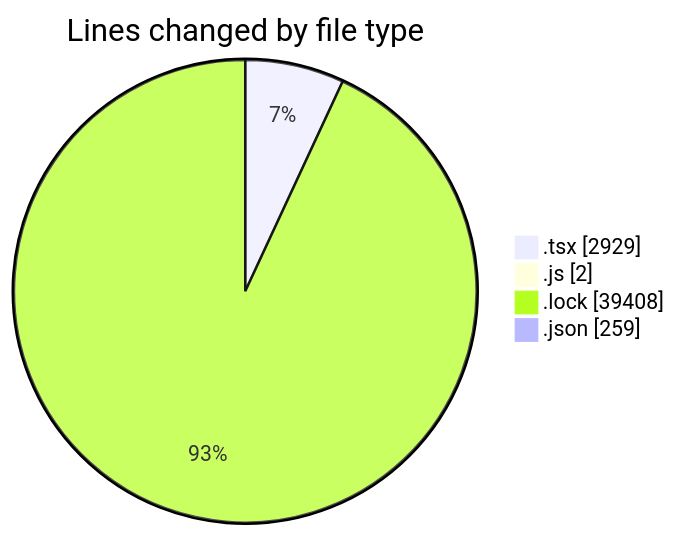
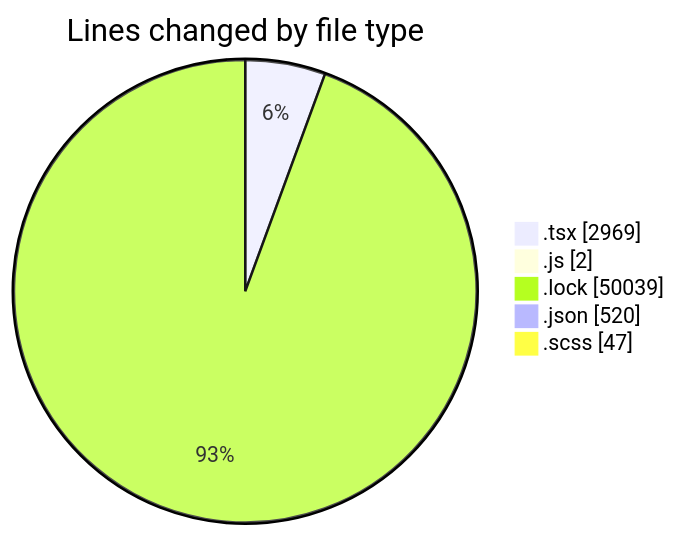
The first of 2 diagrams in 2026-05-15/cda/README.md (momahboobian/code-tracking), drawn with Mermaid before and after one commit. The commit also changed other lines of this file and 1 other file, not shown here.

````diff
--- a/2026-05-15/cda/README.md
+++ b/2026-05-15/cda/README.md
@@ -43,8 +44,9 @@
 ```mermaid
 pie showData
 title Lines changed by file type
-".tsx" : 2929
+".tsx" : 2969
 ".js" : 2
-".lock" : 39408
-".json" : 259
+".lock" : 50039
+".json" : 520
+".scss" : 47
 ```
````
